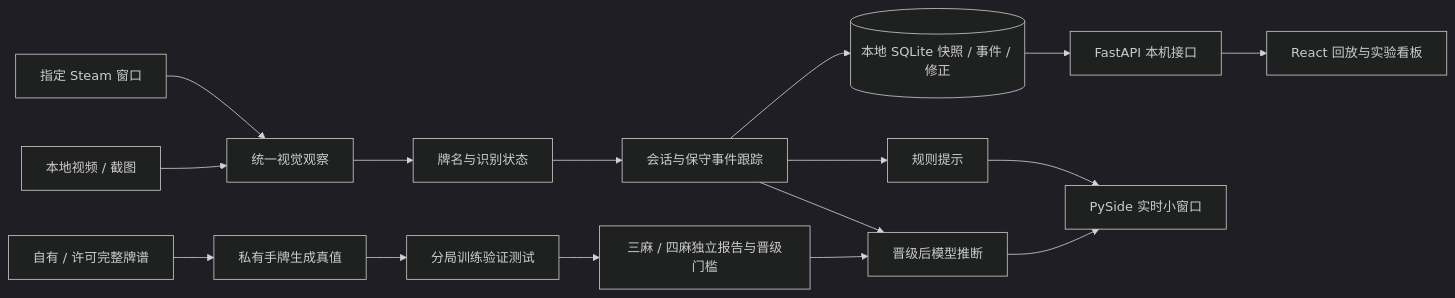
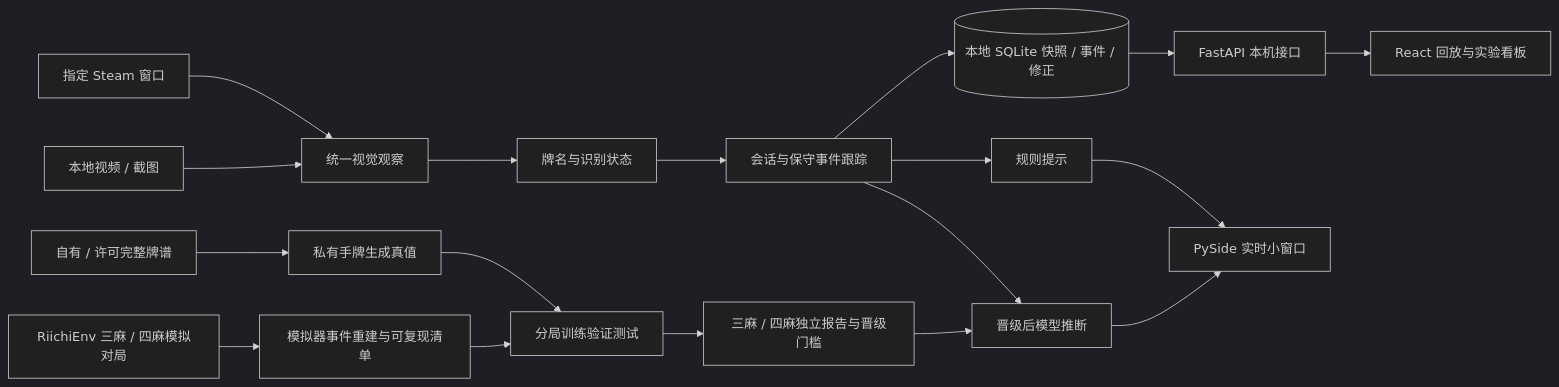
Before and after one commit to yzm36816-ship-it/mahjong-soul-assistant: the diagram in docs/architecture.md, drawn with Mermaid (dark theme). The commit also changed other lines of this file and 16 other files, not shown here.

Commit message:
Add reproducible RiichiEnv simulation experiment

````diff
--- a/docs/architecture.md
+++ b/docs/architecture.md
@@ -3,18 +3,20 @@
 ```mermaid
 flowchart LR
   A[指定 Steam 窗口] --> C[统一视觉观察]
   B[本地视频 / 截图] --> C
   C --> D[牌名与识别状态]
   D --> E[会话与保守事件跟踪]
   E --> F[(本地 SQLite 快照 / 事件 / 修正)]
   E --> G[规则提示]
   E --> H[晋级后模型推断]
   G --> I[PySide 实时小窗口]
   H --> I
   F --> J[FastAPI 本机接口]
   J --> K[React 回放与实验看板]
   L[自有 / 许可完整牌谱] --> M[私有手牌生成真值]
   M --> N[分局训练验证测试]
   N --> O[三麻 / 四麻独立报告与晋级门槛]
+  P[RiichiEnv 三麻 / 四麻模拟对局] --> Q[模拟器事件重建与可复现清单]
+  Q --> N
   O --> H
 ```
````
